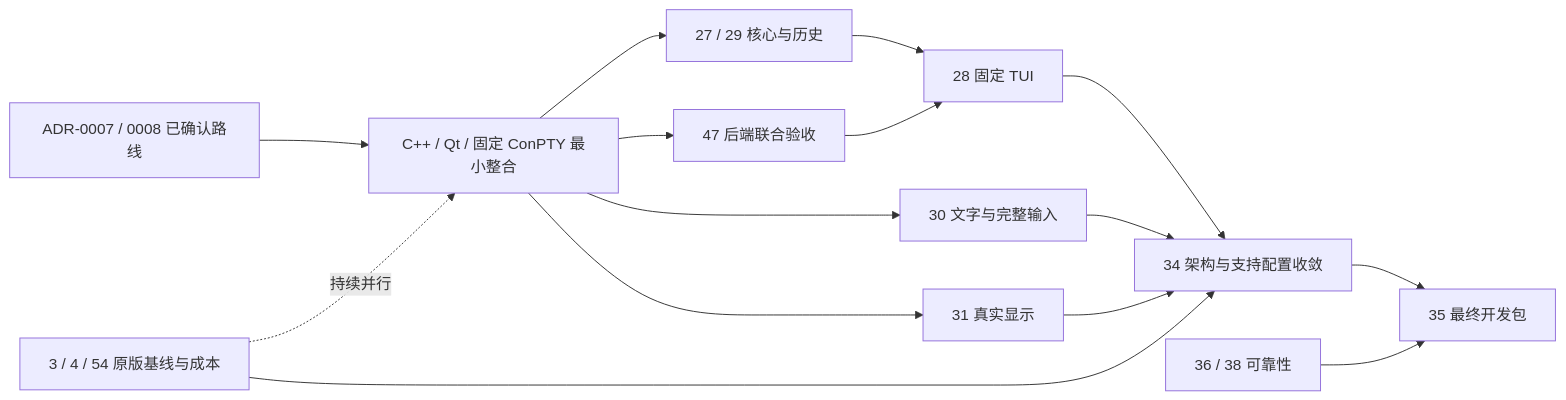
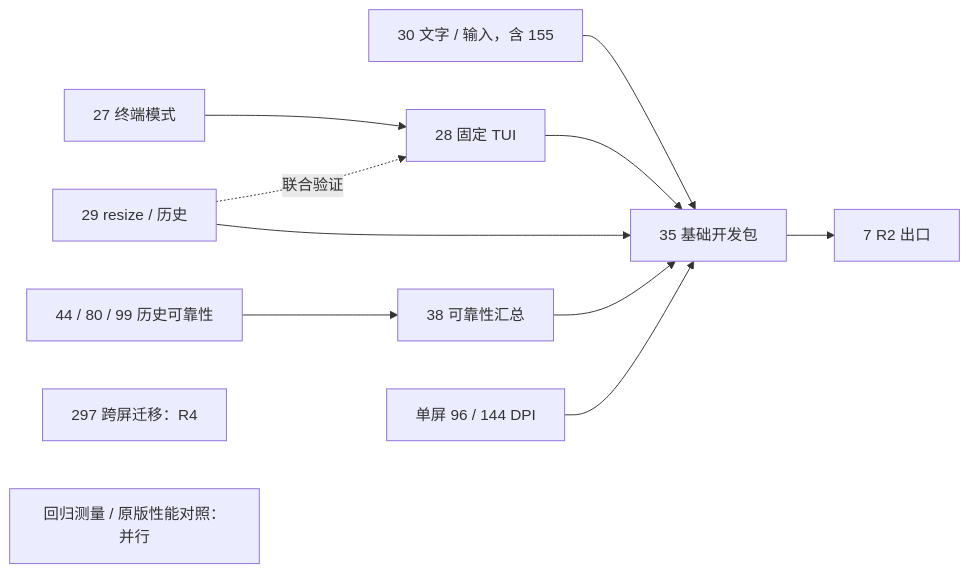
Before and after one commit to JavaZeroo/termforge: the diagram in docs/milestones/R2-local-terminal.md, drawn with Mermaid. The commit also changed other lines of this file and 9 other files, not shown here.

````diff
--- a/docs/milestones/R2-local-terminal.md
+++ b/docs/milestones/R2-local-terminal.md
@@ -28,15 +34,13 @@
 ```mermaid
 flowchart LR
-    route["ADR-0007 / 0008 已确认路线"] --> integration["C++ / Qt / 固定 ConPTY 最小整合"]
-    integration --> core["27 / 29 核心与历史"] --> tui["28 固定 TUI"]
-    integration --> backend["47 后端联合验收"] --> tui
-    integration --> input["30 文字与完整输入"]
-    integration --> dpi["31 真实显示"]
-    perf["3 / 4 / 54 原版基线与成本"] -. "持续并行" .-> integration
-    tui --> arch["34 架构与支持配置收敛"]
-    input --> arch
-    dpi --> arch
-    perf --> arch
-    arch --> package["35 最终开发包"]
-    reliability["36 / 38 可靠性"] --> package
+    core["27 终端模式"] --> tui["28 固定 TUI"]
+    history["29 resize / 历史"] -. "联合验证" .-> tui
+    input["30 文字 / 输入，含 155"] --> package["35 基础开发包"]
+    tui --> package
+    history --> package
+    reliability["44 / 80 / 99 历史可靠性"] --> aggregate["38 可靠性汇总"] --> package
+    display["单屏 96 / 144 DPI"] --> package
+    package --> r2["7 R2 出口"]
+    cross["297 跨屏迁移：R4"]
+    perf["回归测量 / 原版性能对照：并行"]
 ```
````
